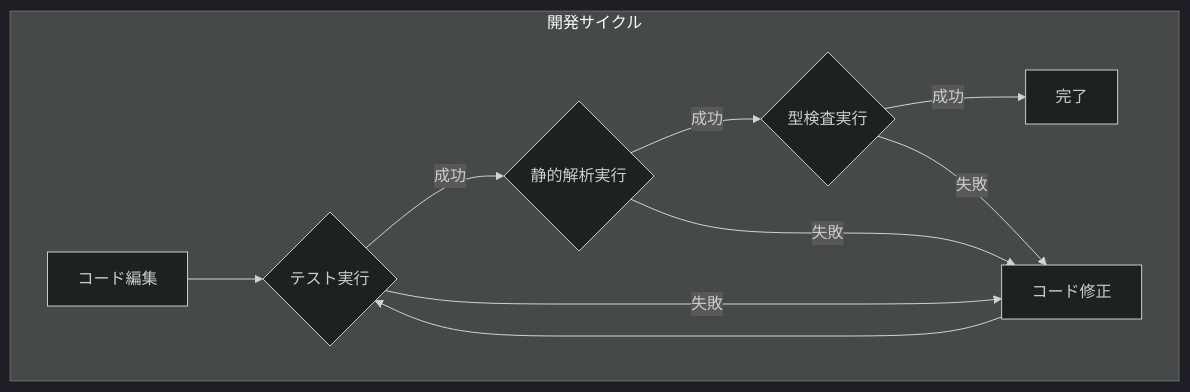
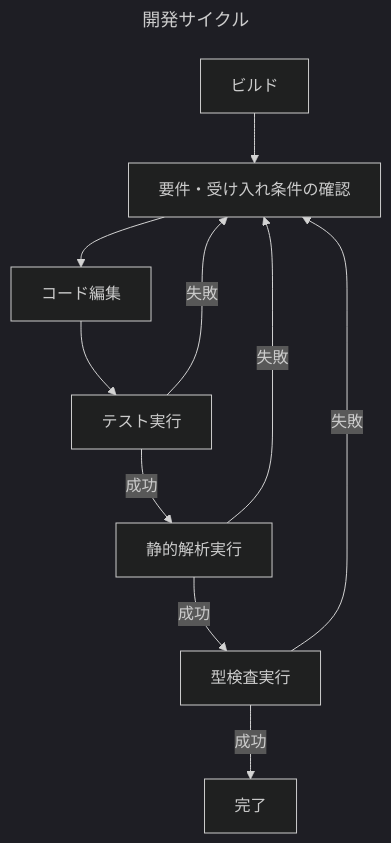
One commit to KentFujii/agile-calculator changed the diagram in README.md. Above: the diagram before and after it, drawn with Mermaid (dark theme). The commit also changed other lines of this file, not shown here.

Commit message:
README.mdのテスト実行、静的解析実行、型検査実行の説明を修正し、開発サイクルのフローチャートを更新しました。

````diff
--- a/README.md
+++ b/README.md
@@ -78,13 +78,24 @@
 ```mermaid
+---
+title: 開発サイクル
+---
+
 graph TD
-    subgraph "開発サイクル"
-        A[コード編集] --> B{テスト実行};
-        B -- 成功 --> C{静的解析実行};
-        B -- 失敗 --> G[コード修正];
-        C -- 成功 --> D{型検査実行};
-        C -- 失敗 --> G;
-        D -- 成功 --> E[完了];
-        D -- 失敗 --> G;
-        G --> B;
-    end
+  A[ビルド]
+  B[要件・受け入れ条件の確認]
+  C[コード編集]
+  D[テスト実行]
+  E[静的解析実行]
+  F[型検査実行]
+  G[完了]
+
+  A --> B;
+  B --> C;
+  C --> D;
+  D -- 成功 --> E;
+  D -- 失敗 --> B;
+  E -- 成功 --> F;
+  E -- 失敗 --> B;
+  F -- 成功 --> G;
+  F -- 失敗 --> B;
 ```
````
